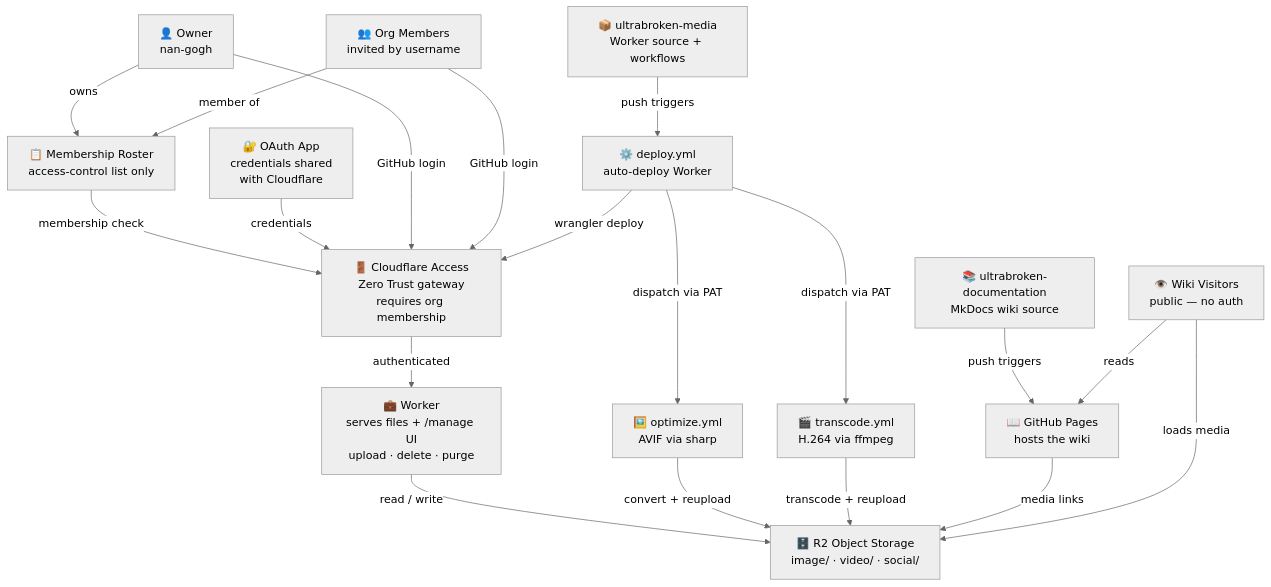
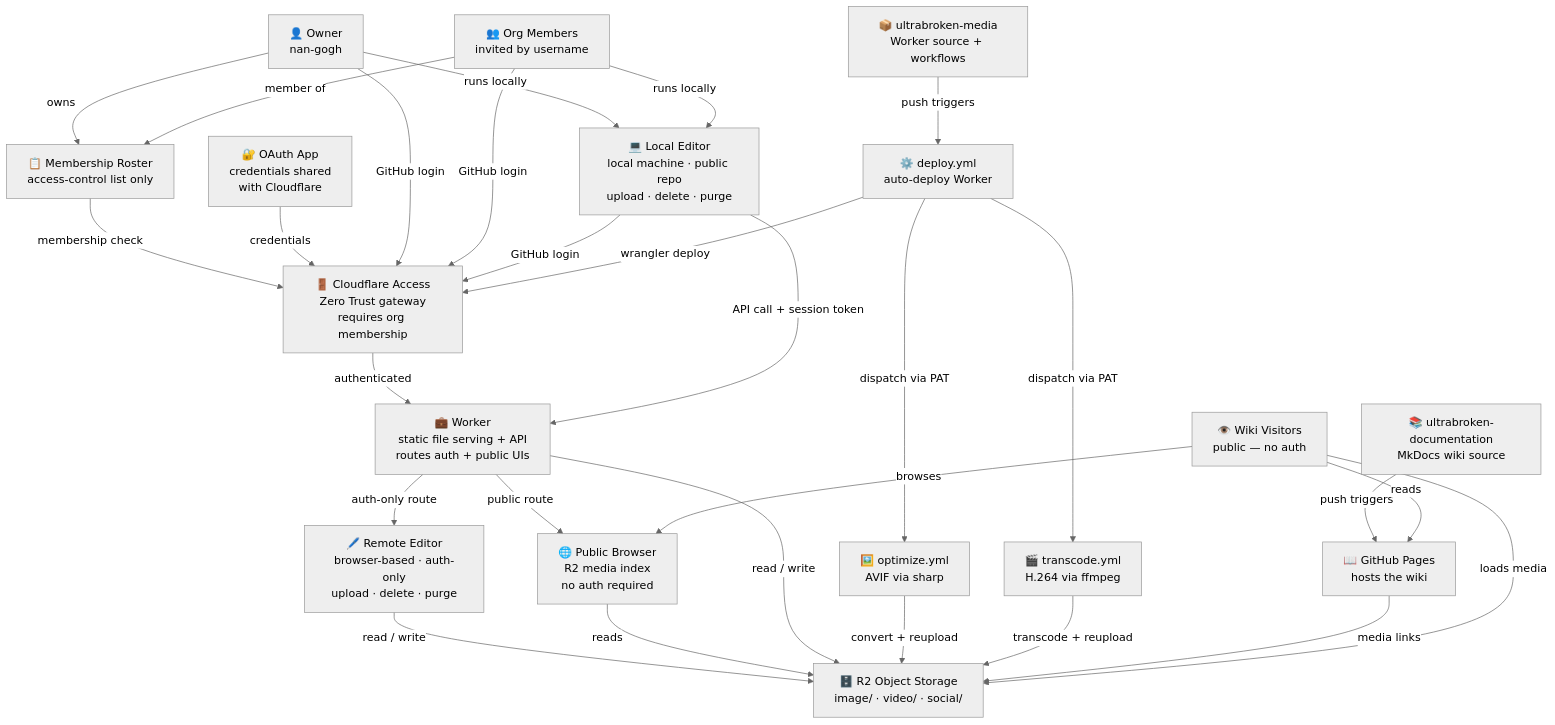
One commit to BKMzero/ultrabroken-documentation changed the diagram in docs/wiki/about.md. Above: the diagram before and after it, drawn with Mermaid (neutral theme). The commit also changed other lines of this file, not shown here.

Commit message:
Enhance infrastructure section in about.md to include details on media management tools and public access to the R2 media index.

````diff
--- a/docs/wiki/about.md
+++ b/docs/wiki/about.md
@@ -40,40 +40,53 @@
 ```mermaid viewer
 graph TD
     OWNER["👤 Owner<br/>nan-gogh"]
     MEMBERS["👥 Org Members<br/>invited by username"]
     ORG["📋 Membership Roster<br/>access-control list only"]
     OAUTH["🔐 OAuth App<br/>credentials shared<br/>with Cloudflare"]
     
     MEDIA_REPO["📦 ultrabroken-media<br/>Worker source + workflows"]
     WIKI_REPO["📚 ultrabroken-documentation<br/>MkDocs wiki source"]
     DEPLOY["⚙️ deploy.yml<br/>auto-deploy Worker"]
     OPTIMIZE["🖼️ optimize.yml<br/>AVIF via sharp"]
     TRANSCODE["🎬 transcode.yml<br/>H.264 via ffmpeg"]
     
     ACCESS["🚪 Cloudflare Access<br/>Zero Trust gateway<br/>requires org membership"]
-    WORKER["💼 Worker<br/>serves files + /manage UI<br/>upload · delete · purge"]
+    WORKER["💼 Worker<br/>static file serving + API<br/>routes auth + public UIs"]
+    REMOTE_EDITOR["🖊️ Remote Editor<br/>browser-based · auth-only<br/>upload · delete · purge"]
+    PUBLIC_BROWSER["🌐 Public Browser<br/>R2 media index<br/>no auth required"]
+    LOCAL_EDITOR["💻 Local Editor<br/>local machine · public repo<br/>upload · delete · purge"]
     R2["🗄️ R2 Object Storage<br/>image/ · video/ · social/"]
     PAGES["📖 GitHub Pages<br/>hosts the wiki"]
     VISITOR["👁️ Wiki Visitors<br/>public — no auth"]
     
     OWNER -->|owns| ORG
     MEMBERS -->|member of| ORG
     ORG -->|membership check| ACCESS
     OAUTH -->|credentials| ACCESS
     OWNER -->|GitHub login| ACCESS
     MEMBERS -->|GitHub login| ACCESS
     ACCESS -->|authenticated| WORKER
+    WORKER -->|auth-only route| REMOTE_EDITOR
+    WORKER -->|public route| PUBLIC_BROWSER
+    REMOTE_EDITOR -->|read / write| R2
+    PUBLIC_BROWSER -->|reads| R2
     WORKER -->|read / write| R2
+    
+    OWNER -->|runs locally| LOCAL_EDITOR
+    MEMBERS -->|runs locally| LOCAL_EDITOR
+    LOCAL_EDITOR -->|GitHub login| ACCESS
+    LOCAL_EDITOR -->|API call + session token| WORKER
     
     MEDIA_REPO -->|push triggers| DEPLOY
     DEPLOY -->|wrangler deploy| ACCESS
     DEPLOY -->|dispatch via PAT| OPTIMIZE
     DEPLOY -->|dispatch via PAT| TRANSCODE
     OPTIMIZE -->|convert + reupload| R2
     TRANSCODE -->|transcode + reupload| R2
     
     WIKI_REPO -->|push triggers| PAGES
     PAGES -->|media links| R2
     VISITOR -->|reads| PAGES
     VISITOR -->|loads media| R2
+    VISITOR -->|browses| PUBLIC_BROWSER
 ```
````
